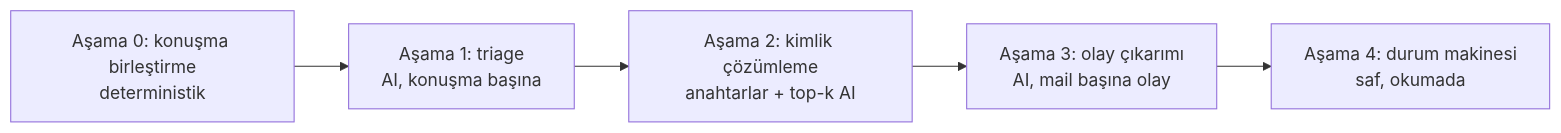
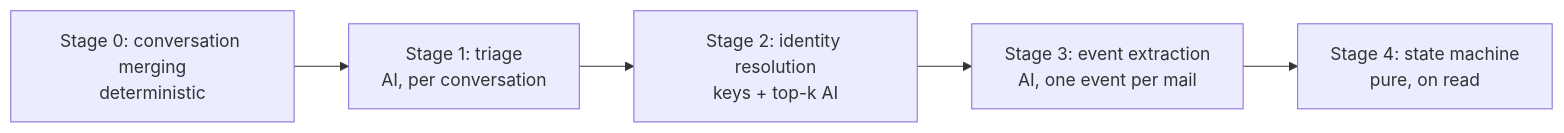
Before and after one commit to kuralayusha/CMAE-public: the fourth of 6 diagrams in docs/tracker-sync-architecture.md, drawn with Mermaid. The commit also changed other lines of this file, not shown here.

Commit message:
Translate tracker sync architecture doc to English

````diff
--- a/docs/tracker-sync-architecture.md
+++ b/docs/tracker-sync-architecture.md
@@ -744,7 +743,7 @@
 ```mermaid
 flowchart LR
-  S0[Aşama 0: konuşma birleştirme<br/>deterministik] --> S1[Aşama 1: triage<br/>AI, konuşma başına]
-  S1 --> S2[Aşama 2: kimlik çözümleme<br/>anahtarlar + top-k AI]
-  S2 --> S3[Aşama 3: olay çıkarımı<br/>AI, mail başına olay]
-  S3 --> S4[Aşama 4: durum makinesi<br/>saf, okumada]
+  S0[Stage 0: conversation merging<br/>deterministic] --> S1[Stage 1: triage<br/>AI, per conversation]
+  S1 --> S2[Stage 2: identity resolution<br/>keys + top-k AI]
+  S2 --> S3[Stage 3: event extraction<br/>AI, one event per mail]
+  S3 --> S4[Stage 4: state machine<br/>pure, on read]
 ```
````
